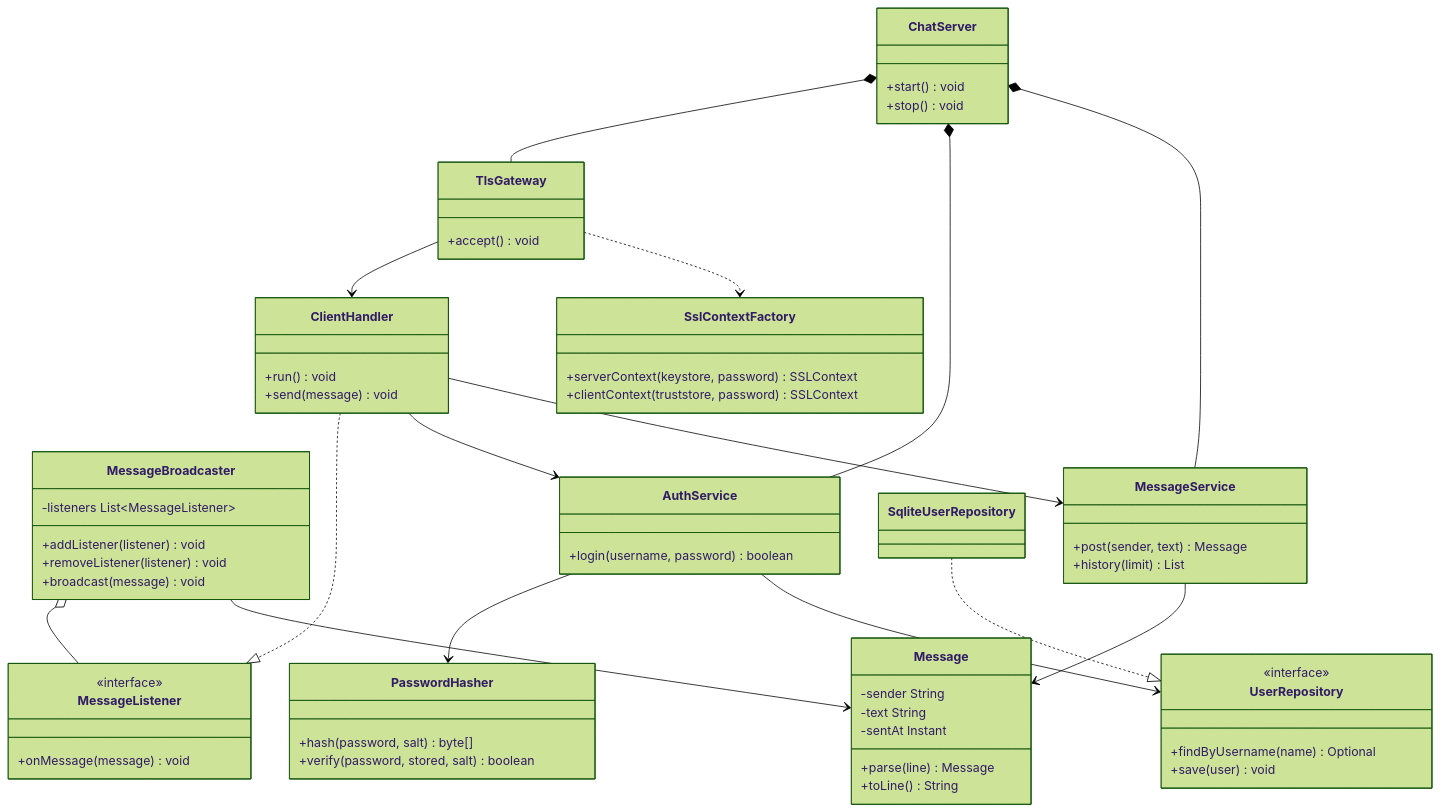
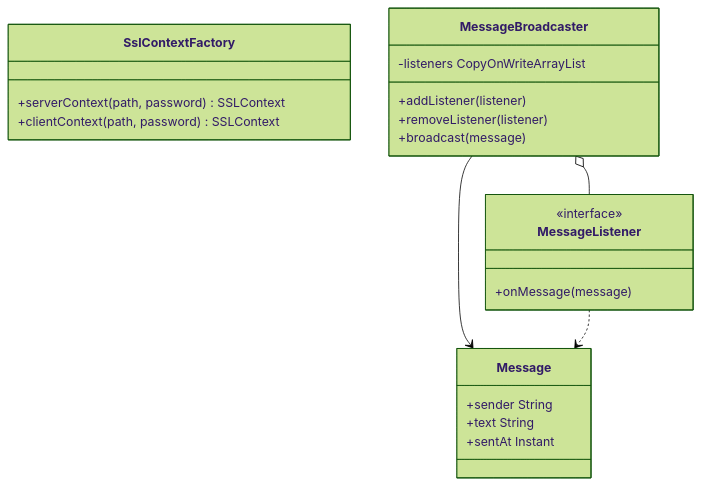
The second of 5 diagrams in README.md (Zacklayr/TLS-chat), drawn with Mermaid (forest theme) before and after one commit. The commit also changed other lines of this file, not shown here.

Commit message:
диагр

````diff
--- a/README.md
+++ b/README.md
@@ -155,67 +155,26 @@
 ```mermaid
 classDiagram
-    class ChatServer {
-      +start() void
-      +stop() void
-    }
     class SslContextFactory {
-      +serverContext(keystore, password) SSLContext
-      +clientContext(truststore, password) SSLContext
-    }
-    class TlsGateway {
-      +accept() void
-    }
-    class ClientHandler {
-      +run() void
-      +send(message) void
+      +serverContext(path, password) SSLContext
+      +clientContext(path, password) SSLContext
     }
     class MessageBroadcaster {
-      -listeners List~MessageListener~
-      +addListener(listener) void
-      +removeListener(listener) void
-      +broadcast(message) void
+      -listeners CopyOnWriteArrayList
+      +addListener(listener)
+      +removeListener(listener)
+      +broadcast(message)
     }
     class MessageListener {
       <<interface>>
-      +onMessage(message) void
-    }
-    class AuthService {
-      +login(username, password) boolean
-    }
-    class PasswordHasher {
-      +hash(password, salt) byte[]
-      +verify(password, stored, salt) boolean
-    }
-    class MessageService {
-      +post(sender, text) Message
-      +history(limit) List
+      +onMessage(message)
     }
     class Message {
-      -sender String
-      -text String
-      -sentAt Instant
-      +parse(line) Message
-      +toLine() String
+      +sender String
+      +text String
+      +sentAt Instant
     }
-    class UserRepository {
-      <<interface>>
-      +findByUsername(name) Optional
-      +save(user) void
-    }
-    class SqliteUserRepository
 
-    ChatServer *-- TlsGateway
-    ChatServer *-- AuthService
-    ChatServer *-- MessageService
-    TlsGateway --> ClientHandler
-    TlsGateway ..> SslContextFactory
-    ClientHandler ..|> MessageListener
     MessageBroadcaster o-- MessageListener
     MessageBroadcaster --> Message
-    ClientHandler --> AuthService
-    ClientHandler --> MessageService
-    AuthService --> PasswordHasher
-    AuthService --> UserRepository
-    MessageService --> Message
-    SqliteUserRepository ..|> UserRepository
+    MessageListener ..> Message
 ```
````
